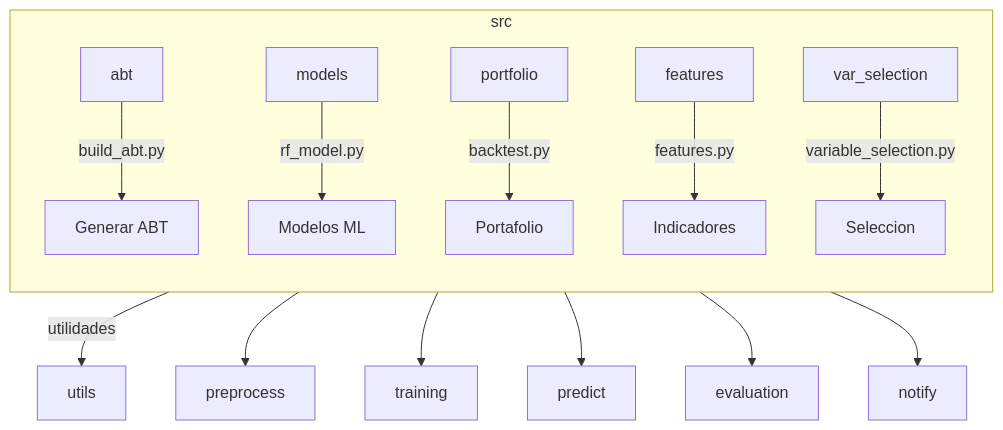
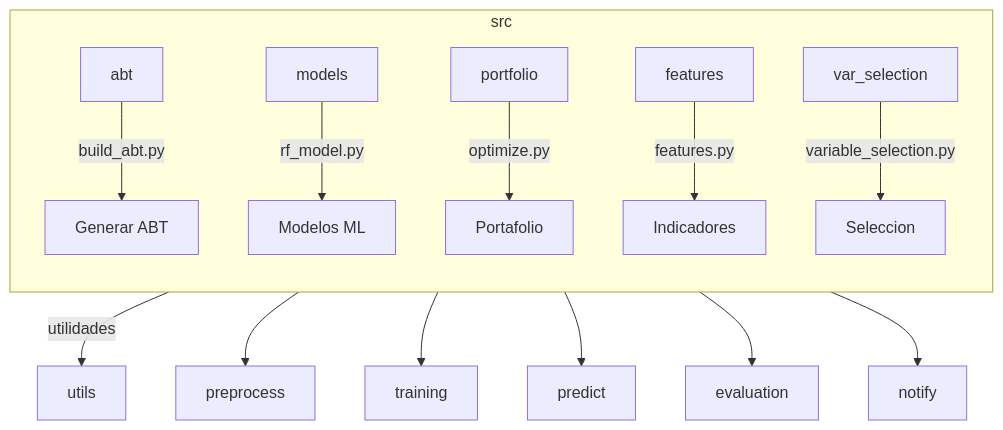
One commit to jcval94/yahoo changed the second of 4 diagrams in README.md. Above: the diagram before and after it, drawn with Mermaid. The commit also changed other lines of this file and 1 other file, not shown here.

Commit message:
Remove unused backtest and update README

````diff
--- a/README.md
+++ b/README.md
@@ -74,17 +74,17 @@
 ```mermaid
 flowchart TB
     subgraph src
       direction TB
       A1[abt] -- build_abt.py --> A2[Generar ABT]
       B1[models] -- rf_model.py --> B2[Modelos ML]
-      C1[portfolio] -- backtest.py --> C2[Portafolio]
+      C1[portfolio] -- optimize.py --> C2[Portafolio]
       D1[features] -- features.py --> D2[Indicadores]
       E1[var_selection] -- variable_selection.py --> E2[Seleccion]
     end
     src -->|utilidades| utils
     src --> preprocess
     src --> training
     src --> predict
     src --> evaluation
     src --> notify
 ```
````
